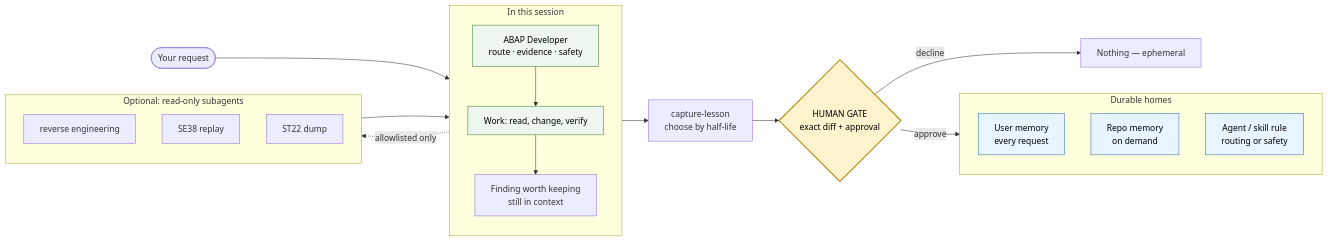
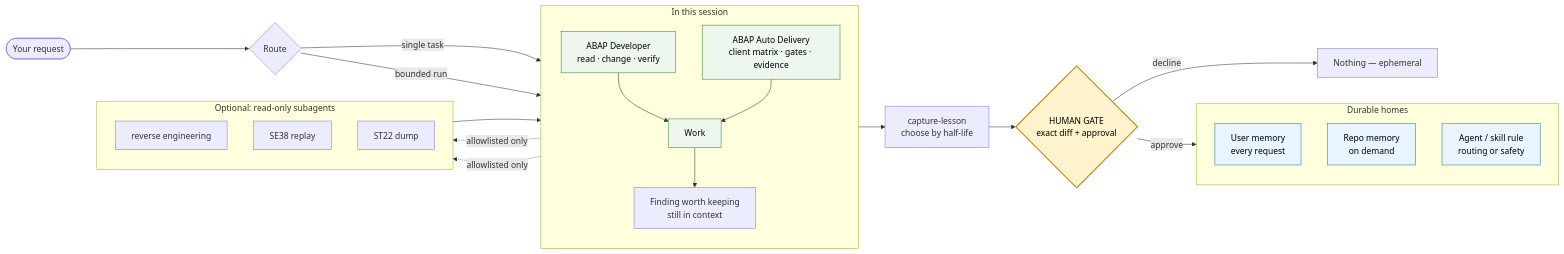
One commit to naruepan2/abap-copilot-kit changed the diagram in README.md. Above: the diagram before and after it, drawn with Mermaid. The commit also changed other lines of this file and 2 other files, not shown here.

First line of the commit message:
Rewrite README and pin delivery agent write gate

````diff
--- a/README.md
+++ b/README.md
@@ -83,37 +103,41 @@
 ```mermaid
 flowchart LR
-    U(["Your request"]) --> A["ABAP Developer<br/>route · evidence · safety"]
+    U(["Your request"]) --> R{"Route"}
+    R -->|"single task"| D["ABAP Developer<br/>read · change · verify"]
+    R -->|"bounded run"| A["ABAP Auto Delivery<br/>client matrix · gates · evidence"]
 
     subgraph SESSION["In this session"]
         direction TB
-        A --> W["Work: read, change, verify"]
+        D --> W["Work"]
+        A --> W
         W --> L["Finding worth keeping<br/>still in context"]
     end
 
     subgraph DELEGATE["Optional: read-only subagents"]
         direction TB
         D1["reverse engineering"]
         D2["SE38 replay"]
         D3["ST22 dump"]
     end
+    D -.->|"allowlisted only"| DELEGATE
     A -.->|"allowlisted only"| DELEGATE
     DELEGATE --> L
 
     L --> C["capture-lesson<br/>choose by half-life"] --> H{"HUMAN GATE<br/>exact diff + approval"}
 
     subgraph STORE["Durable homes"]
         direction TB
         M["User memory<br/>every request"]
         P["Repo memory<br/>on demand"]
-        R["Agent / skill rule<br/>routing or safety"]
+        Q["Agent / skill rule<br/>routing or safety"]
     end
     H -->|"approve"| STORE
     H -->|"decline"| X["Nothing — ephemeral"]
 
     classDef gate fill:#fff3cd,stroke:#b8860b,color:#000,stroke-width:2px
     classDef mem fill:#e8f4ff,stroke:#2f6fa8,color:#000
     classDef task fill:#eef7ee,stroke:#3a7d3a,color:#000
     class H gate
-    class M,P,R mem
-    class A,W task
+    class M,P,Q mem
+    class D,A,W task
 ```
````
